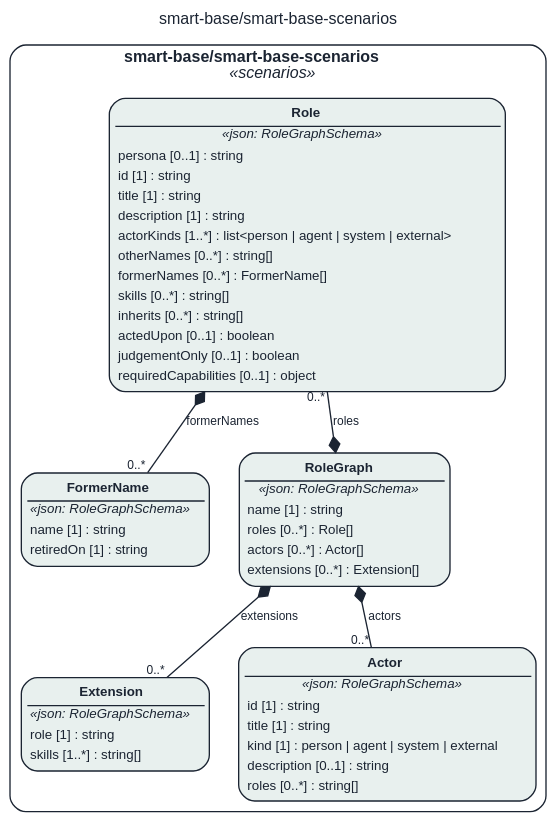
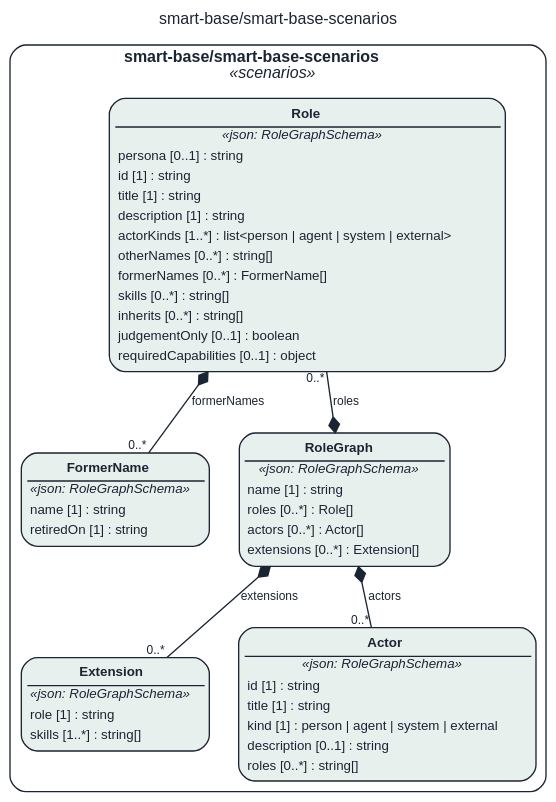
One commit to litlfred/folio-assistant changed the diagram in STAGING/claude-repin-library-viewers/assets/img/uml/overview/smart-base/smart-base-scenarios.dot. Above: the diagram before and after it, drawn with Graphviz. The commit also changed 2739 other files, not shown here.

```diff
--- a/STAGING/claude-repin-library-viewers/assets/img/uml/overview/smart-base/smart-base-scenarios.dot
+++ b/STAGING/claude-repin-library-viewers/assets/img/uml/overview/smart-base/smart-base-scenarios.dot
@@ -1,21 +1,21 @@
 // GENERATED by cat-harness-tools/scripts/gen-uml-overview.ts — do not edit.
 // Rendered page (interactive view, same model): https://litlfred.github.io/folio-assistant/uml/overview/smart-base/smart-base-scenarios.html
 digraph "smart_base_smart_base_scenarios" {
   graph [label="smart-base/smart-base-scenarios", labelloc=t, fontname="Helvetica", fontsize=12, fontcolor="#1b2432", newrank=true, ratio=auto, nodesep=0.3, ranksep=0.5, bgcolor="transparent"];
   node [shape=box, style="rounded,filled", margin=0.05, fontname="Helvetica", fontsize=10, color="#1b2432", fontcolor="#1b2432"];
   edge [color="#1b2432", fontcolor="#1b2432", fontname="Helvetica", fontsize=9];
   subgraph "cluster_pkg_smart_base_smart_base_scenarios" {
     label=<<b>smart-base/smart-base-scenarios</b><br/><i>«scenarios»</i>>; style="rounded"; color="#1b2432"; class="fa_uml_subgraph";
     "smart_base_smart_base_scenarios_FormerName" [fillcolor="#e8f0ee", class="fa_uml_kind_scenarios", label=<<table border="0" cellborder="0" cellspacing="0" cellpadding="2"><tr><td border="1" sides="b"><b>FormerName</b></td></tr><tr><td><i>«json: RoleGraphSchema»</i></td></tr><tr><td align="left">name [1] : string</td></tr><tr><td align="left">retiredOn [1] : string</td></tr></table>>];
-    "smart_base_smart_base_scenarios_Role" [fillcolor="#e8f0ee", class="fa_uml_kind_scenarios", label=<<table border="0" cellborder="0" cellspacing="0" cellpadding="2"><tr><td border="1" sides="b"><b>Role</b></td></tr><tr><td><i>«json: RoleGraphSchema»</i></td></tr><tr><td align="left">persona [0..1] : string</td></tr><tr><td align="left">id [1] : string</td></tr><tr><td align="left">title [1] : string</td></tr><tr><td align="left">description [1] : string</td></tr><tr><td align="left">actorKinds [1..*] : list&lt;person | agent | system | external&gt;</td></tr><tr><td align="left">otherNames [0..*] : string[]</td></tr><tr><td align="left">formerNames [0..*] : FormerName[]</td></tr><tr><td align="left">skills [0..*] : string[]</td></tr><tr><td align="left">inherits [0..*] : string[]</td></tr><tr><td align="left">actedUpon [0..1] : boolean</td></tr><tr><td align="left">judgementOnly [0..1] : boolean</td></tr><tr><td align="left">requiredCapabilities [0..1] : object</td></tr></table>>];
+    "smart_base_smart_base_scenarios_Role" [fillcolor="#e8f0ee", class="fa_uml_kind_scenarios", label=<<table border="0" cellborder="0" cellspacing="0" cellpadding="2"><tr><td border="1" sides="b"><b>Role</b></td></tr><tr><td><i>«json: RoleGraphSchema»</i></td></tr><tr><td align="left">persona [0..1] : string</td></tr><tr><td align="left">id [1] : string</td></tr><tr><td align="left">title [1] : string</td></tr><tr><td align="left">description [1] : string</td></tr><tr><td align="left">actorKinds [1..*] : list&lt;person | agent | system | external&gt;</td></tr><tr><td align="left">otherNames [0..*] : string[]</td></tr><tr><td align="left">formerNames [0..*] : FormerName[]</td></tr><tr><td align="left">skills [0..*] : string[]</td></tr><tr><td align="left">inherits [0..*] : string[]</td></tr><tr><td align="left">judgementOnly [0..1] : boolean</td></tr><tr><td align="left">requiredCapabilities [0..1] : object</td></tr></table>>];
     "smart_base_smart_base_scenarios_Actor" [fillcolor="#e8f0ee", class="fa_uml_kind_scenarios", label=<<table border="0" cellborder="0" cellspacing="0" cellpadding="2"><tr><td border="1" sides="b"><b>Actor</b></td></tr><tr><td><i>«json: RoleGraphSchema»</i></td></tr><tr><td align="left">id [1] : string</td></tr><tr><td align="left">title [1] : string</td></tr><tr><td align="left">kind [1] : person | agent | system | external</td></tr><tr><td align="left">description [0..1] : string</td></tr><tr><td align="left">roles [0..*] : string[]</td></tr></table>>];
     "smart_base_smart_base_scenarios_Extension" [fillcolor="#e8f0ee", class="fa_uml_kind_scenarios", label=<<table border="0" cellborder="0" cellspacing="0" cellpadding="2"><tr><td border="1" sides="b"><b>Extension</b></td></tr><tr><td><i>«json: RoleGraphSchema»</i></td></tr><tr><td align="left">role [1] : string</td></tr><tr><td align="left">skills [1..*] : string[]</td></tr></table>>];
     "smart_base_smart_base_scenarios_RoleGraph" [fillcolor="#e8f0ee", class="fa_uml_kind_scenarios", label=<<table border="0" cellborder="0" cellspacing="0" cellpadding="2"><tr><td border="1" sides="b"><b>RoleGraph</b></td></tr><tr><td><i>«json: RoleGraphSchema»</i></td></tr><tr><td align="left">name [1] : string</td></tr><tr><td align="left">roles [0..*] : Role[]</td></tr><tr><td align="left">actors [0..*] : Actor[]</td></tr><tr><td align="left">extensions [0..*] : Extension[]</td></tr></table>>];
   }
   "smart_base_smart_base_scenarios_Role" -> "smart_base_smart_base_scenarios_FormerName" [dir=both, arrowtail=diamond, arrowhead=none, label="formerNames", headlabel="0..*", class="fa_uml_composition"];
   "smart_base_smart_base_scenarios_RoleGraph" -> "smart_base_smart_base_scenarios_Role" [dir=both, arrowtail=diamond, arrowhead=none, label="roles", headlabel="0..*", class="fa_uml_composition"];
   "smart_base_smart_base_scenarios_RoleGraph" -> "smart_base_smart_base_scenarios_Actor" [dir=both, arrowtail=diamond, arrowhead=none, label="actors", headlabel="0..*", class="fa_uml_composition"];
   "smart_base_smart_base_scenarios_RoleGraph" -> "smart_base_smart_base_scenarios_Extension" [dir=both, arrowtail=diamond, arrowhead=none, label="extensions", headlabel="0..*", class="fa_uml_composition"];
   "smart_base_smart_base_scenarios_FormerName" -> "smart_base_smart_base_scenarios_Extension" [style=invis, class="kg-graph-anchor"];
   "smart_base_smart_base_scenarios_Role" -> "smart_base_smart_base_scenarios_RoleGraph" [style=invis, class="kg-graph-anchor"];
 }
```
